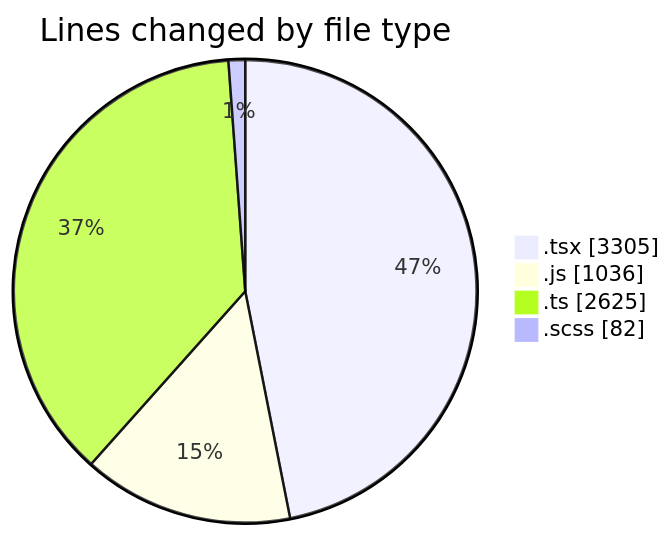
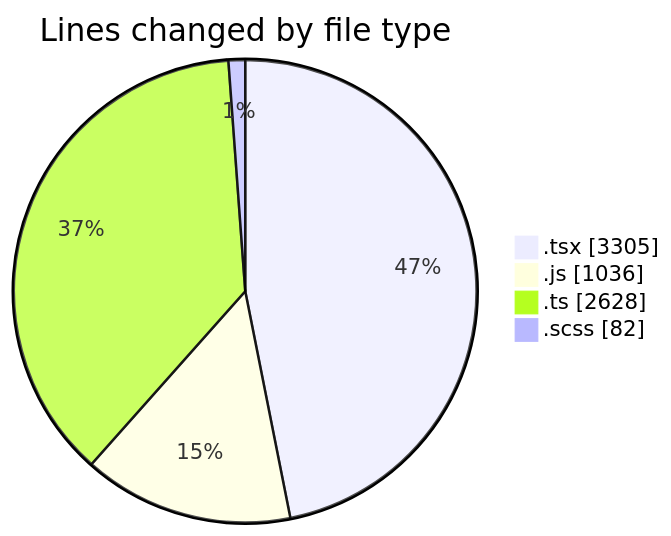
Before and after one commit to momahboobian/code-tracking: the first of 2 diagrams in 2026-10-07/cda/README.md, drawn with Mermaid. The commit also changed other lines of this file and 1 other file, not shown here.

````diff
--- a/2026-10-07/cda/README.md
+++ b/2026-10-07/cda/README.md
@@ -45,8 +46,8 @@
 ```mermaid
 pie showData
 title Lines changed by file type
 ".tsx" : 3305
 ".js" : 1036
-".ts" : 2625
+".ts" : 2628
 ".scss" : 82
 ```
````
